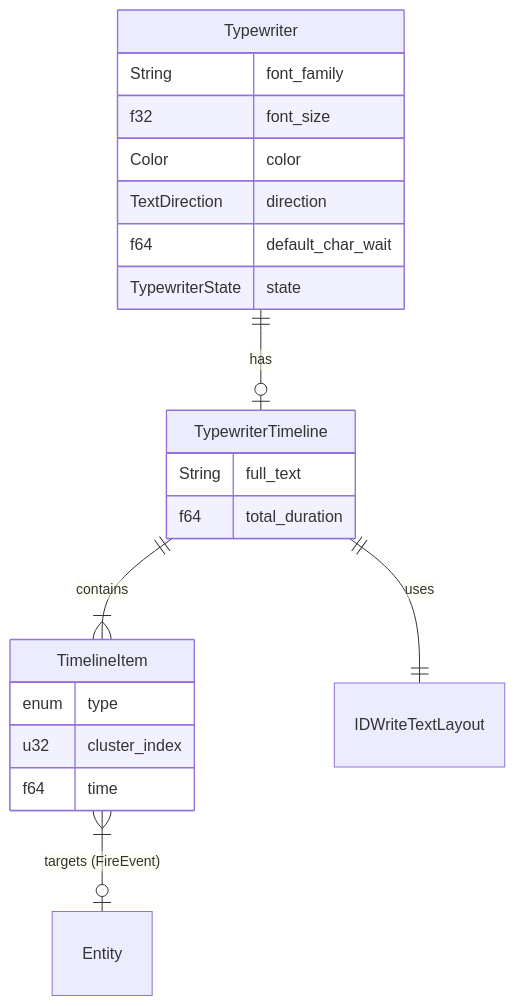
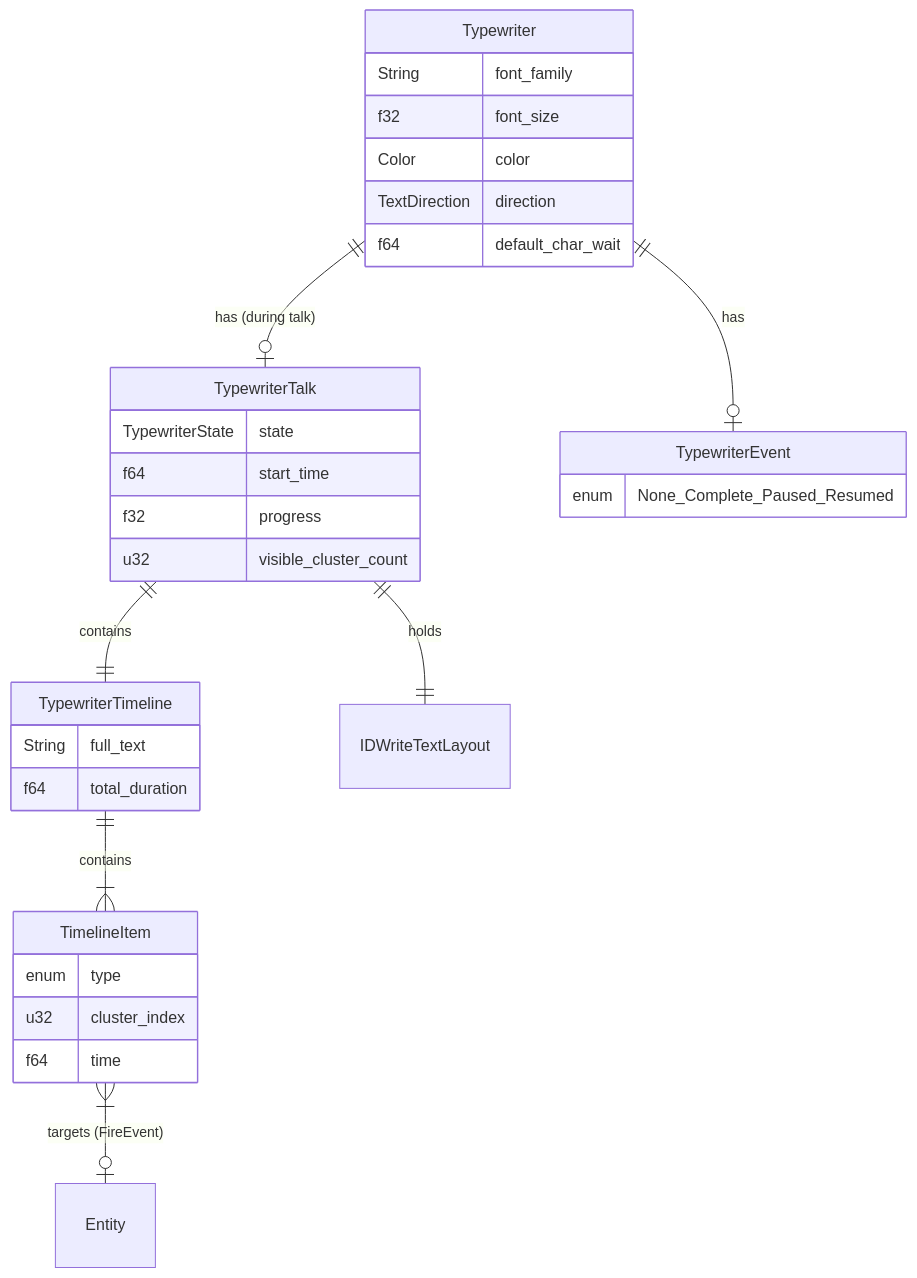
Before and after one commit to ekicyou/dcomp_sample-rs: the fourth of 4 diagrams in .kiro/specs/wintf-P0-typewriter/design.md, drawn with Mermaid. The commit also changed other lines of this file, not shown here.

````diff
--- a/.kiro/specs/wintf-P0-typewriter/design.md
+++ b/.kiro/specs/wintf-P0-typewriter/design.md
@@ -597,27 +583,39 @@
 ```mermaid
 erDiagram
-    Typewriter ||--o| TypewriterTimeline : "has"
+    Typewriter ||--o| TypewriterTalk : "has (during talk)"
+    TypewriterTalk ||--|| TypewriterTimeline : "contains"
+    TypewriterTalk ||--|| IDWriteTextLayout : "holds"
     TypewriterTimeline ||--|{ TimelineItem : "contains"
-    TypewriterTimeline ||--|| IDWriteTextLayout : "uses"
     TimelineItem }|--o| Entity : "targets (FireEvent)"
+    Typewriter ||--o| TypewriterEvent : "has"
     
     Typewriter {
         String font_family
         f32 font_size
         Color color
         TextDirection direction
         f64 default_char_wait
+    }
+    
+    TypewriterTalk {
         TypewriterState state
+        f64 start_time
+        f32 progress
+        u32 visible_cluster_count
     }
     
     TypewriterTimeline {
         String full_text
         f64 total_duration
     }
     
     TimelineItem {
         enum type
         u32 cluster_index
         f64 time
     }
+    
+    TypewriterEvent {
+        enum None_Complete_Paused_Resumed
+    }
 ```
````
